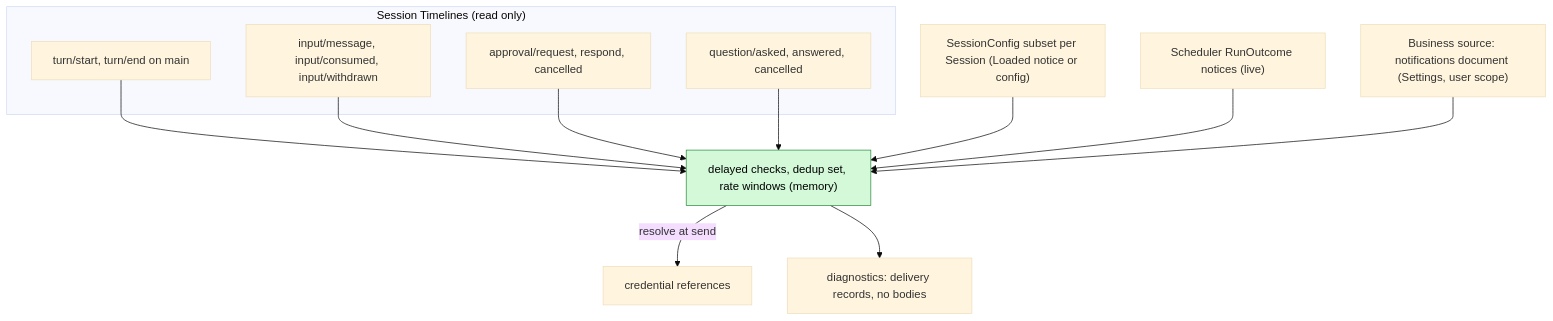
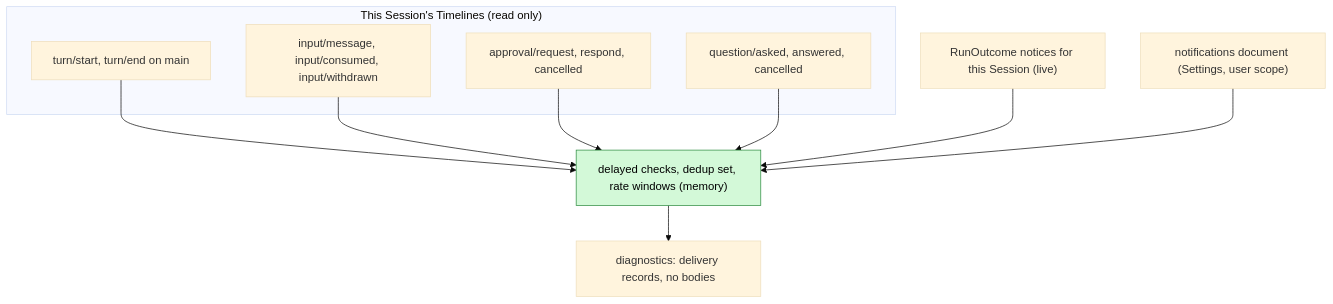
Before and after one commit to CoutinhoTTS/dim-agent: the second of 6 diagrams in docs/design/plugins/Notifications.md, drawn with Mermaid (base theme). The commit also changed other lines of this file and 3 other files, not shown here.

Commit message:
docs(design): rescope Web, SessionTitle, Notifications and Hooks per ADR 002

````diff
--- a/docs/design/plugins/Notifications.md
+++ b/docs/design/plugins/Notifications.md
@@ -46,25 +43,21 @@
 ```mermaid
 flowchart TB
-  subgraph TL["Session Timelines (read only)"]
+  subgraph TL["This Session's Timelines (read only)"]
     TE["turn/start, turn/end on main"]
     IN["input/message, input/consumed, input/withdrawn"]
     AP["approval/request, respond, cancelled"]
     QU["question/asked, answered, cancelled"]
   end
-  FACTS["SessionConfig subset per Session (Loaded notice or config)"]
-  RO["Scheduler RunOutcome notices (live)"]
-  CFG["Business source: notifications document (Settings, user scope)"]
-  CRED["credential references"]
+  RO["RunOutcome notices for this Session (live)"]
+  CFG["notifications document (Settings, user scope)"]
   MEM["delayed checks, dedup set, rate windows (memory)"]:::new
   DIAG["diagnostics: delivery records, no bodies"]
   TE --> MEM
   IN --> MEM
   AP --> MEM
   QU --> MEM
-  FACTS --> MEM
   RO --> MEM
   CFG --> MEM
-  MEM -->|"resolve at send"| CRED
   MEM --> DIAG
   classDef new fill:#d3f9d8,stroke:#2b8a3e,color:#000
 ```
````
